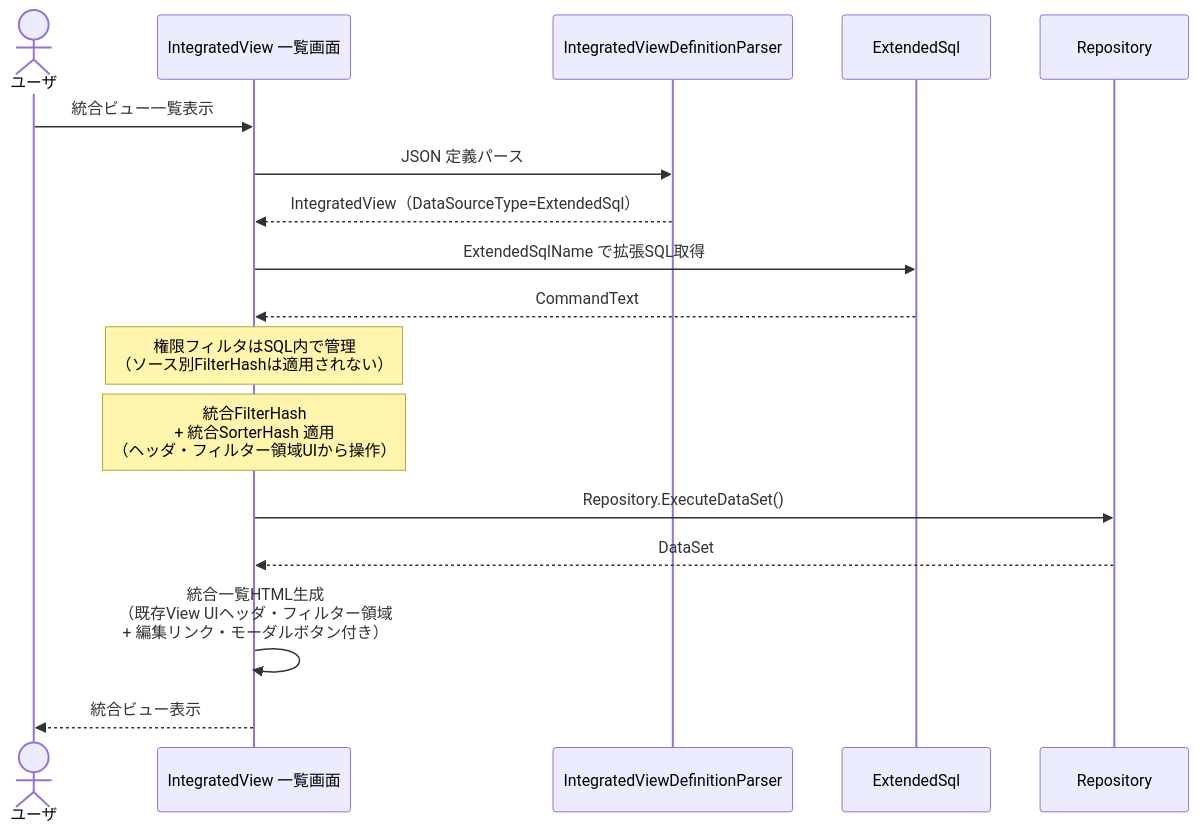
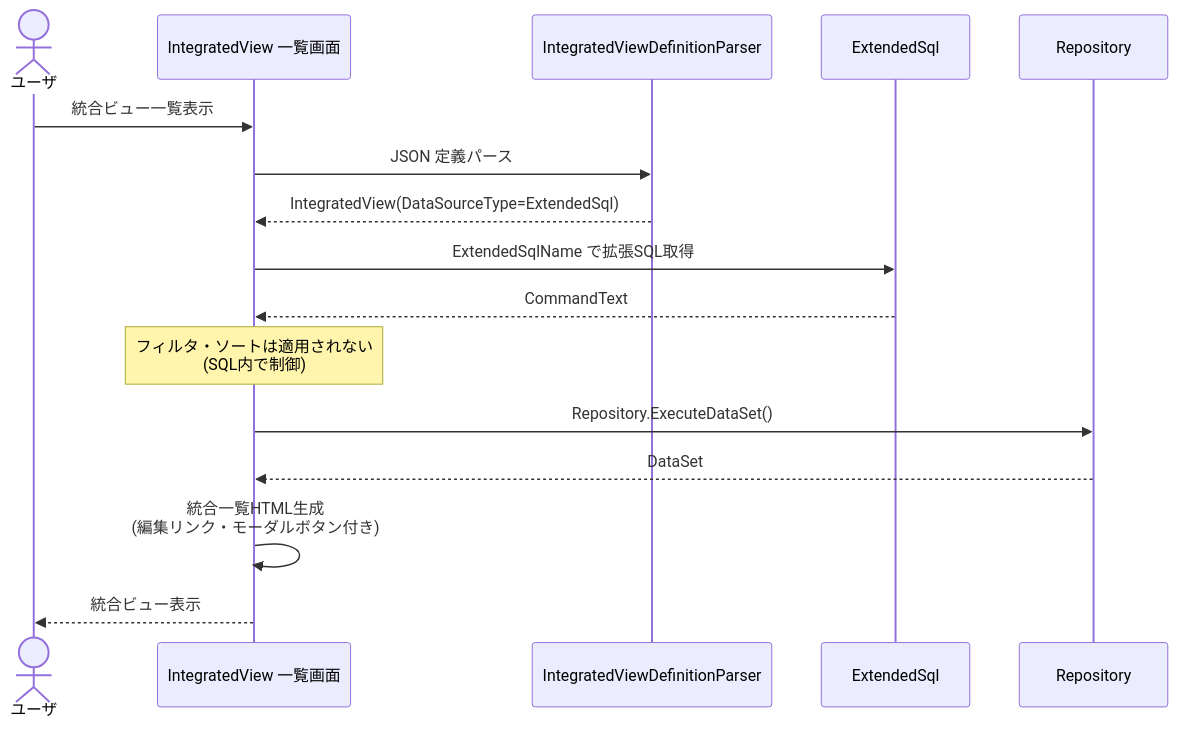
Before and after one commit to vehiclevisionjp/VehicleVision.Pleasanter.ResearchDocuments: diagram 14 of 16 in docs/research/06-一覧・ビュー/007-複数テーブル統合ビュー.md, drawn with Mermaid. The commit also changed other lines of this file, not shown here.

Commit message:
docs: mermaid修正、編集対象サイトのJSON定義(Editable)追加、拡張SQLのフィルタ・ソートを対象外に変更

````diff
--- a/docs/research/06-一覧・ビュー/007-複数テーブル統合ビュー.md
+++ b/docs/research/06-一覧・ビュー/007-複数テーブル統合ビュー.md
@@ -1402,23 +1424,22 @@
 ```mermaid
 sequenceDiagram
     actor User as ユーザ
     participant IV as IntegratedView 一覧画面
     participant Parser as IntegratedViewDefinitionParser
     participant ESql as ExtendedSql
     participant DB as Repository
 
     User->>IV: 統合ビュー一覧表示
     IV->>Parser: JSON 定義パース
-    Parser-->>IV: IntegratedView（DataSourceType=ExtendedSql）
+    Parser-->>IV: IntegratedView(DataSourceType=ExtendedSql)
 
     IV->>ESql: ExtendedSqlName で拡張SQL取得
     ESql-->>IV: CommandText
-    Note over IV: 権限フィルタはSQL内で管理<br/>（ソース別FilterHashは適用されない）
+    Note over IV: フィルタ・ソートは適用されない<br/>(SQL内で制御)
 
-    Note over IV: 統合FilterHash<br/>+ 統合SorterHash 適用<br/>（ヘッダ・フィルター領域UIから操作）
     IV->>DB: Repository.ExecuteDataSet()
     DB-->>IV: DataSet
 
-    IV->>IV: 統合一覧HTML生成<br/>（既存View UIヘッダ・フィルター領域<br/>+ 編集リンク・モーダルボタン付き）
+    IV->>IV: 統合一覧HTML生成<br/>(編集リンク・モーダルボタン付き)
     IV-->>User: 統合ビュー表示
 ```
````
